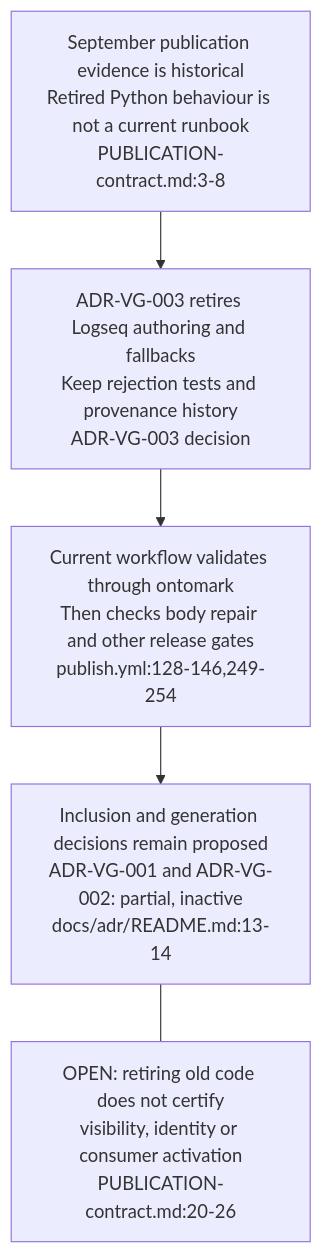
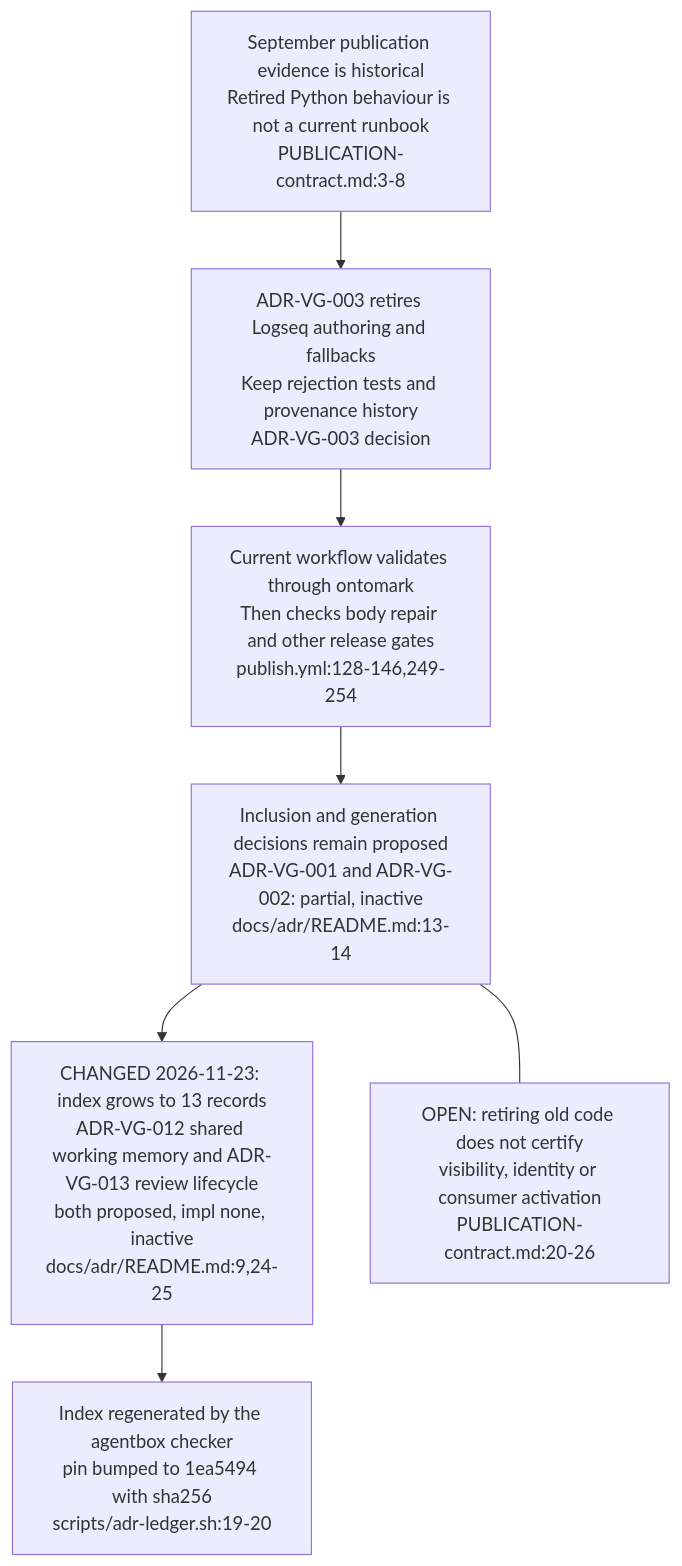
The third of 6 diagrams in docs/diagrams/visiongraph/01-vault-structure-and-contract.md (DreamLab-AI/VisionFlow), drawn with Mermaid before and after one commit. The commit also changed other lines of this file and 11 other files, not shown here.

First line of the commit message:
docs(diagrams): visiongraph and knowledgegraph re-verified (explorer on vowl-wasm 0.4.0, knowledgeGraph explorer retired)

````diff
--- a/docs/diagrams/visiongraph/01-vault-structure-and-contract.md
+++ b/docs/diagrams/visiongraph/01-vault-structure-and-contract.md
@@ -76,11 +77,14 @@
 ```mermaid
 flowchart TB
     HIST["September publication evidence is historical<br/>Retired Python behaviour is not a current runbook<br/>PUBLICATION-contract.md:3-8"]
     %% Source: ADR-VG-003-obsidian-only-authoring.md:25-33
     RETIRE["ADR-VG-003 retires Logseq authoring and fallbacks<br/>Keep rejection tests and provenance history<br/>ADR-VG-003 decision"]
     GATE["Current workflow validates through ontomark<br/>Then checks body repair and other release gates<br/>publish.yml:128-146,249-254"]
     ACCEPT["Inclusion and generation decisions remain proposed<br/>ADR-VG-001 and ADR-VG-002: partial, inactive<br/>docs/adr/README.md:13-14"]
     HIST --> RETIRE --> GATE --> ACCEPT
+    NEW["CHANGED 2026-11-23: index grows to 13 records<br/>ADR-VG-012 shared working memory and ADR-VG-013 review lifecycle<br/>both proposed, impl none, inactive<br/>docs/adr/README.md:9,24-25"]
+    PINCK["Index regenerated by the agentbox checker<br/>pin bumped to 1ea5494 with sha256<br/>scripts/adr-ledger.sh:19-20"]
+    ACCEPT --> NEW --> PINCK
     LIMIT["OPEN: retiring old code does not certify<br/>visibility, identity or consumer activation<br/>PUBLICATION-contract.md:20-26"]
     ACCEPT --- LIMIT
 ```
````
